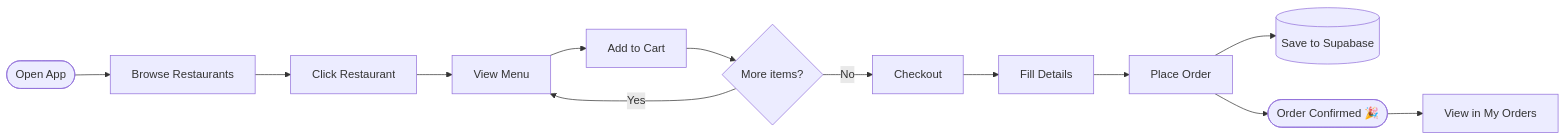
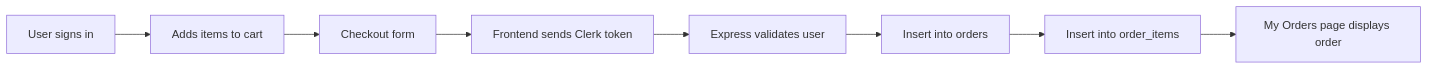
One commit to Aditi-03111/quickbite changed the third of 3 diagrams in README.md. Above: the diagram before and after it, drawn with Mermaid. The commit also changed other lines of this file, not shown here.

````diff
--- a/README.md
+++ b/README.md
@@ -152,15 +316,10 @@
 ```mermaid
 flowchart LR
-    A([Open App]) --> B[Browse Restaurants]
-    B --> C[Click Restaurant]
-    C --> D[View Menu]
-    D --> E[Add to Cart]
-    E --> F{More items?}
-    F -- Yes --> D
-    F -- No --> G[Checkout]
-    G --> H[Fill Details]
-    H --> I[Place Order]
-    I --> J[(Save to Supabase)]
-    I --> K([Order Confirmed 🎉])
-    K --> L[View in My Orders]
+    A["User signs in"] --> B["Adds items to cart"]
+    B --> C["Checkout form"]
+    C --> D["Frontend sends Clerk token"]
+    D --> E["Express validates user"]
+    E --> F["Insert into orders"]
+    F --> G["Insert into order_items"]
+    G --> H["My Orders page displays order"]
 ```
````
